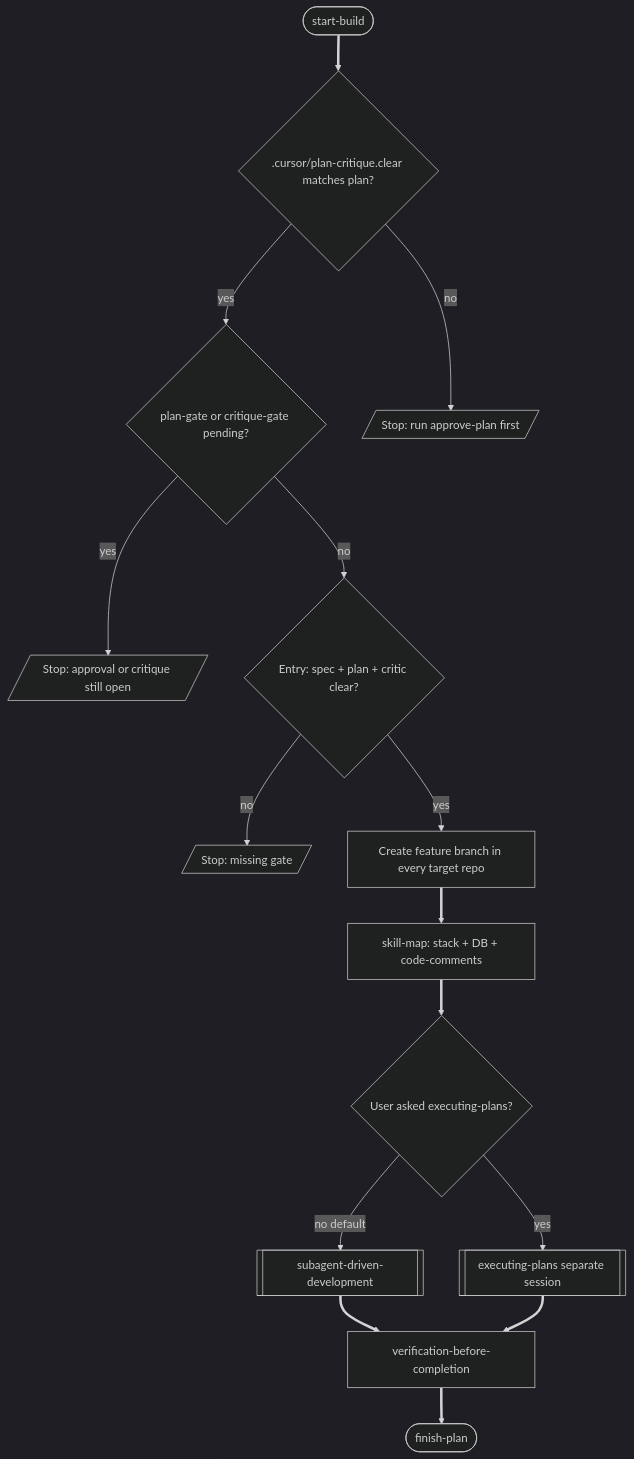
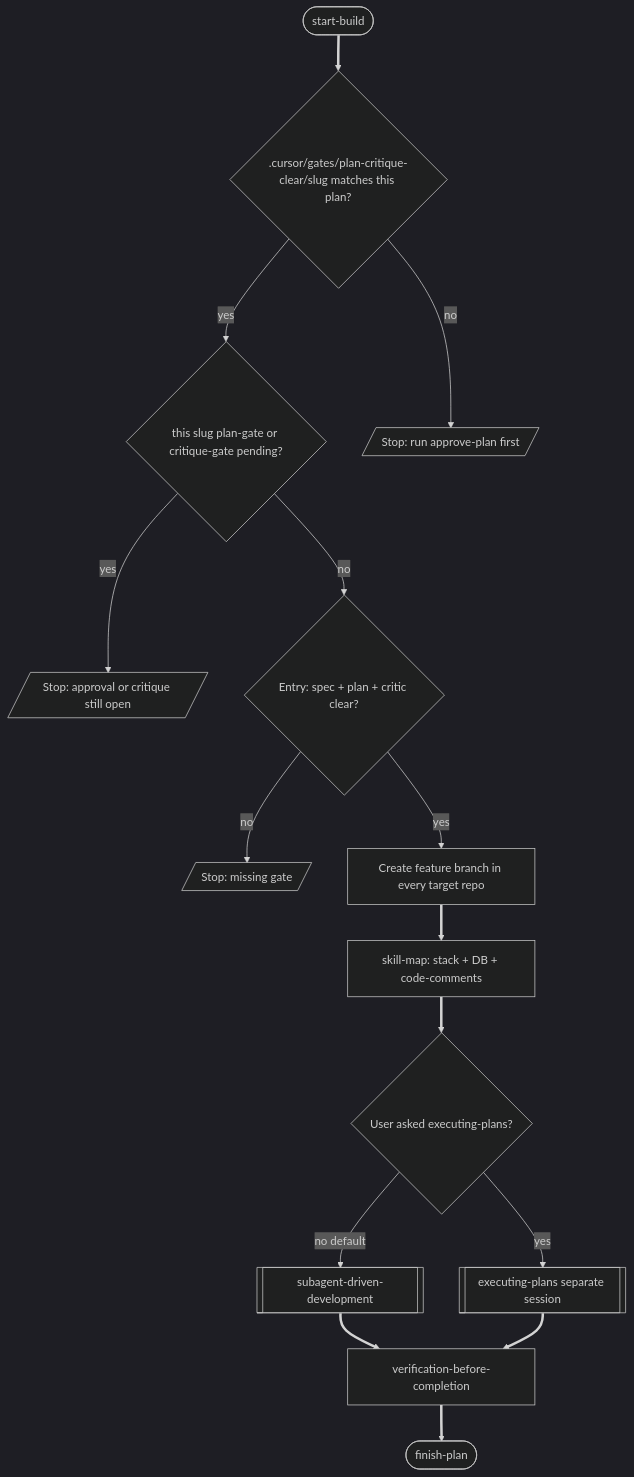
The fourth of 11 diagrams in docs/superpowers/pipeline-flow.md (a-trembak/cursor-spells), drawn with Mermaid (dark theme) before and after one commit. The commit also changed other lines of this file and 3 other files, not shown here.

First line of the commit message:
docs: document per-plan pipeline gate paths

````diff
--- a/docs/superpowers/pipeline-flow.md
+++ b/docs/superpowers/pipeline-flow.md
@@ -162,32 +162,32 @@
 ```mermaid
 flowchart TD
   startBuildCmd(["start-build"])
-  checkClear{".cursor/plan-critique.clear matches plan?"}
-  checkPending{"plan-gate or critique-gate pending?"}
+  checkClear{".cursor/gates/plan-critique-clear/slug matches this plan?"}
+  checkPending{"this slug plan-gate or critique-gate pending?"}
   stopApprove[/"Stop: run approve-plan first"/]
   stopPending[/"Stop: approval or critique still open"/]
   entryOk{Entry: spec + plan + critic clear?}
   stopEntry[/"Stop: missing gate"/]
   branchSetup["Create feature branch in every target repo"]
   skillRoute["skill-map: stack + DB + code-comments"]
   execMode{User asked executing-plans?}
   sdd[["subagent-driven-development"]]
   ep[["executing-plans separate session"]]
   verify["verification-before-completion"]
   toFinish(["finish-plan"])
 
   startBuildCmd ==> checkClear
   checkClear -->|"no"| stopApprove
   checkClear -->|"yes"| checkPending
   checkPending -->|"yes"| stopPending
   checkPending -->|"no"| entryOk
   entryOk -->|"no"| stopEntry
   entryOk -->|"yes"| branchSetup
   branchSetup ==> skillRoute
   skillRoute ==> execMode
   execMode -->|"no default"| sdd
   execMode -->|"yes"| ep
   sdd ==> verify
   ep ==> verify
   verify ==> toFinish
 ```
````
